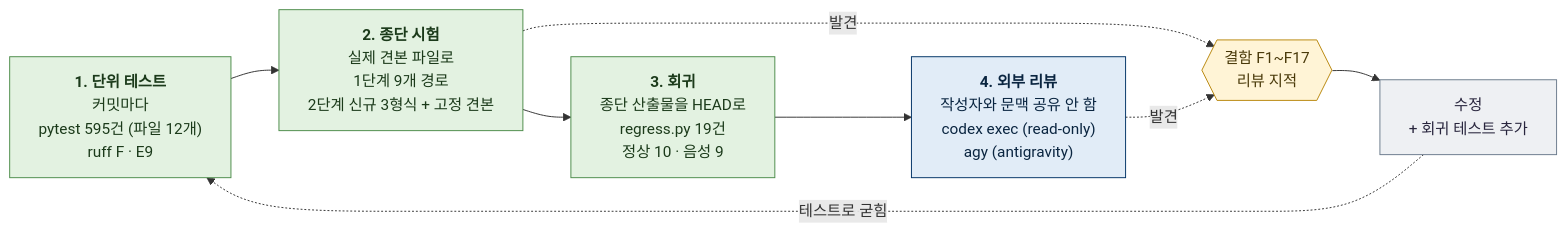
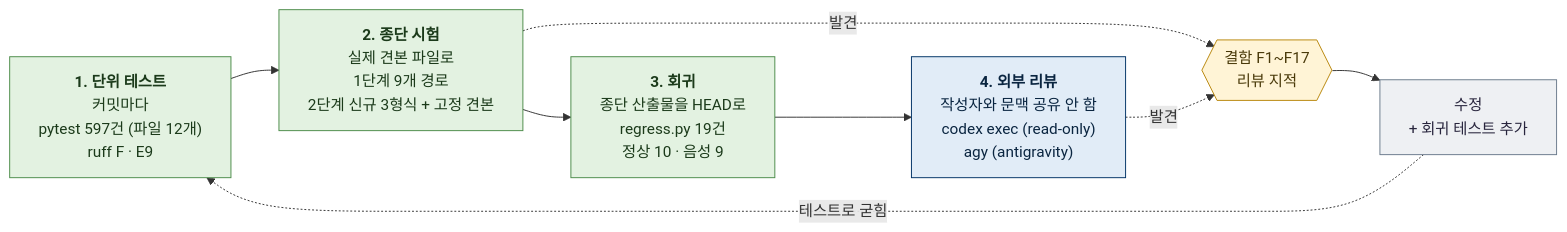
The diagram in docu-writer/docs/diagrams/quality-layers.mmd (yarang/skills-for-work), drawn with Mermaid before and after one commit. The commit also changed 11 other files, not shown here.

```diff
--- a/docu-writer/docs/diagrams/quality-layers.mmd
+++ b/docu-writer/docs/diagrams/quality-layers.mmd
@@ -1,23 +1,23 @@
 %% 개발 품질은 네 겹으로 지킨다: 단위 테스트, 실제 파일로 도는 종단 시험, 그 산출물을 HEAD 코드로 다시 돌리는 회귀, 외부 모델 리뷰. 찾은 결함은 고친 뒤 테스트로 굳힌다
 %%{init: {"flowchart": {"wrappingWidth": 360}}}%%
 flowchart LR
-  T1["<b>1. 단위 테스트</b><br/>커밋마다<br/>pytest 595건 (파일 12개)<br/>ruff F · E9"]
+  T1["<b>1. 단위 테스트</b><br/>커밋마다<br/>pytest 597건 (파일 12개)<br/>ruff F · E9"]
   E1["<b>2. 종단 시험</b><br/>실제 견본 파일로<br/>1단계 9개 경로<br/>2단계 신규 3형식 + 고정 견본"]
   G1["<b>3. 회귀</b><br/>종단 산출물을 HEAD로<br/>regress.py 19건<br/>정상 10 · 음성 9"]
   X1["<b>4. 외부 리뷰</b><br/>작성자와 문맥 공유 안 함<br/>codex exec (read-only)<br/>agy (antigravity)"]
   F{{"결함 F1~F17<br/>리뷰 지적"}}
   FIX["수정<br/>+ 회귀 테스트 추가"]
   T1 --> E1 --> G1 --> X1
   E1 -.->|발견| F
   X1 -.->|발견| F
   F --> FIX
   FIX -.->|테스트로 굳힘| T1
 
   classDef done fill:#E3F2E1,stroke:#4C8C4A,color:#1B3A1A
   classDef agent fill:#E1ECF7,stroke:#003366,color:#0A2540
   classDef gate fill:#FFF4D6,stroke:#B8860B,color:#4A3A0A
   classDef main fill:#EEF0F3,stroke:#6B7B8C,color:#28253D
   class T1,E1,G1 done
   class X1 agent
   class F gate
   class FIX main
```
